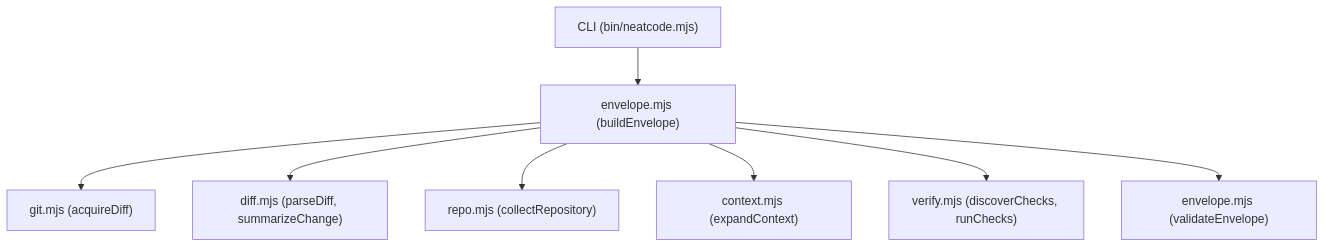
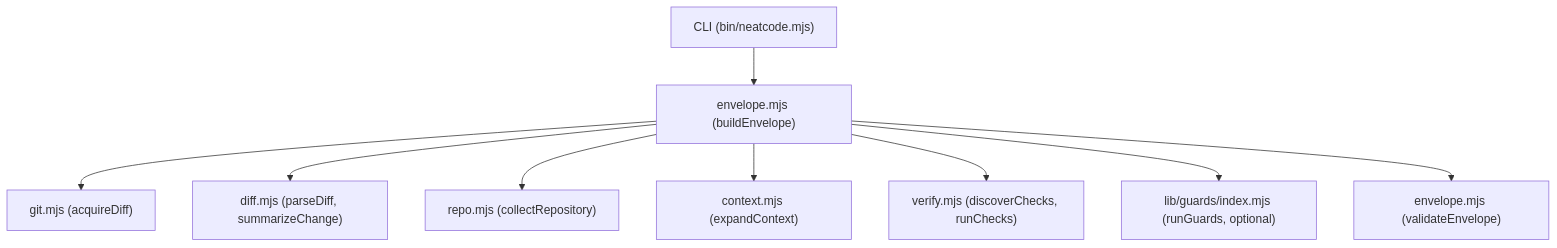
The diagram in docs/subsystems/envelope-engine.md (GodSpeedAI/NeatCode), drawn with Mermaid before and after one commit. The commit also changed other lines of this file and 212 other files, not shown here.

````diff
--- a/docs/subsystems/envelope-engine.md
+++ b/docs/subsystems/envelope-engine.md
@@ -31,10 +31,11 @@
 ```mermaid
 graph TD
     CLI["CLI (bin/neatcode.mjs)"] --> BuildEnv["envelope.mjs (buildEnvelope)"]
     BuildEnv --> Git["git.mjs (acquireDiff)"]
     BuildEnv --> Diff["diff.mjs (parseDiff, summarizeChange)"]
     BuildEnv --> Repo["repo.mjs (collectRepository)"]
     BuildEnv --> Context["context.mjs (expandContext)"]
     BuildEnv --> Verify["verify.mjs (discoverChecks, runChecks)"]
+    BuildEnv --> Guards["lib/guards/index.mjs (runGuards, optional)"]
     BuildEnv --> Validate["envelope.mjs (validateEnvelope)"]
 ```
````
